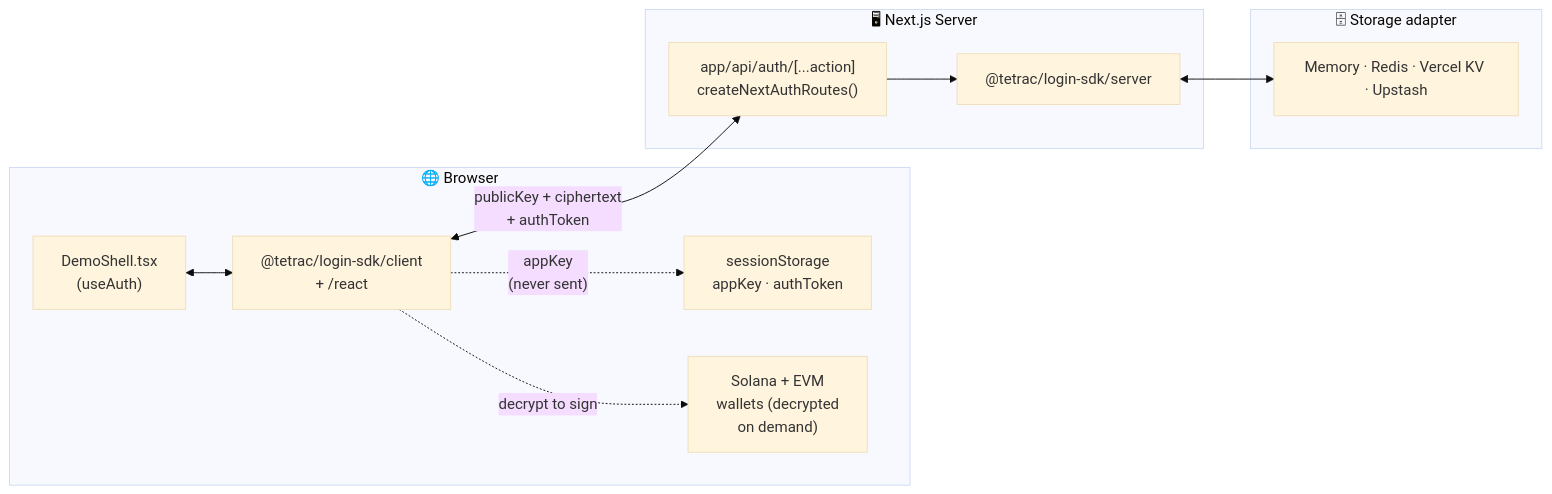
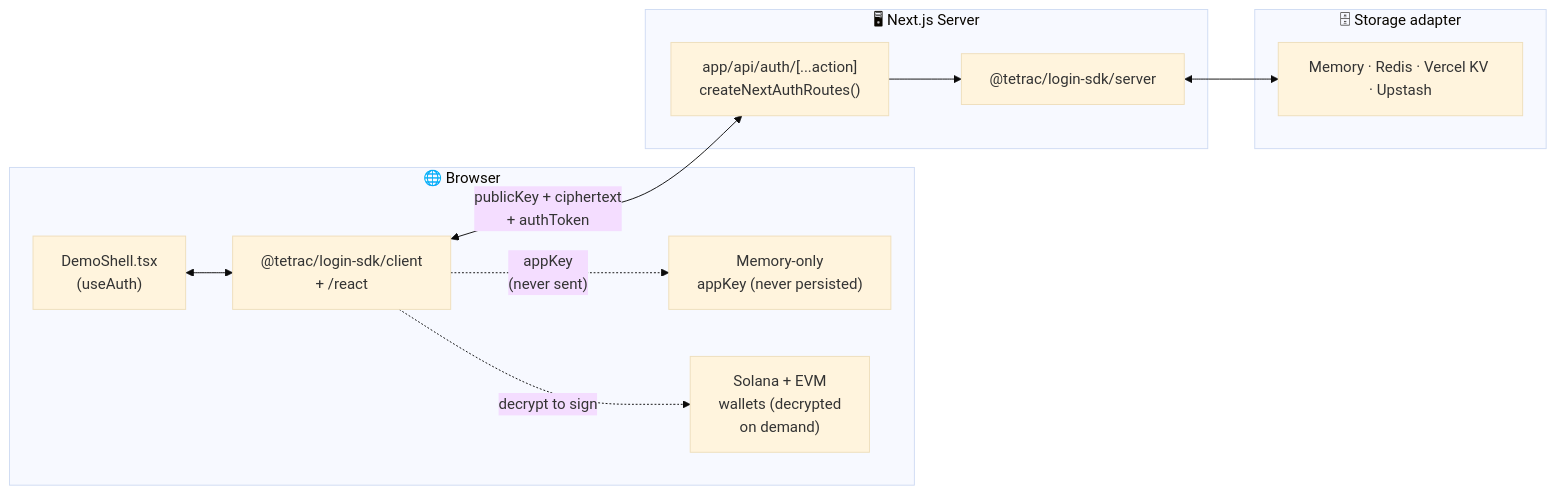
One commit to tetrac-official/tetrac-login-sdk-demo changed the first of 3 diagrams in README.md. Above: the diagram before and after it, drawn with Mermaid (base theme). The commit also changed other lines of this file and 14 other files, not shown here.

````diff
--- a/README.md
+++ b/README.md
@@ -104,23 +106,23 @@
 ```mermaid
 flowchart LR
   subgraph Browser["🌐 Browser"]
     UI["DemoShell.tsx<br/>(useAuth)"]
     Client["@tetrac/login-sdk/client<br/>+ /react"]
-    Mem["sessionStorage<br/>appKey · authToken"]
+    Mem["Memory-only<br/>appKey (never persisted)"]
     Wallets["Solana + EVM<br/>wallets (decrypted<br/>on demand)"]
   end
   subgraph Server["🖥 Next.js Server"]
     Route["app/api/auth/[...action]<br/>createNextAuthRoutes()"]
     SDKsrv["@tetrac/login-sdk/server"]
   end
   subgraph Storage["🗄 Storage adapter"]
     Mem2["Memory · Redis · Vercel KV · Upstash"]
   end
 
   UI <--> Client
   Client <-- "publicKey + ciphertext<br/>+ authToken" --> Route
   Route --> SDKsrv
   SDKsrv <--> Mem2
   Client -. "appKey<br/>(never sent)" .-> Mem
   Client -. "decrypt to sign" .-> Wallets
 ```
````
